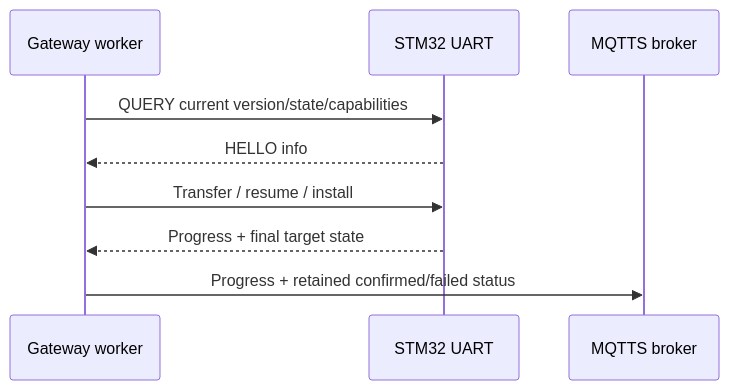
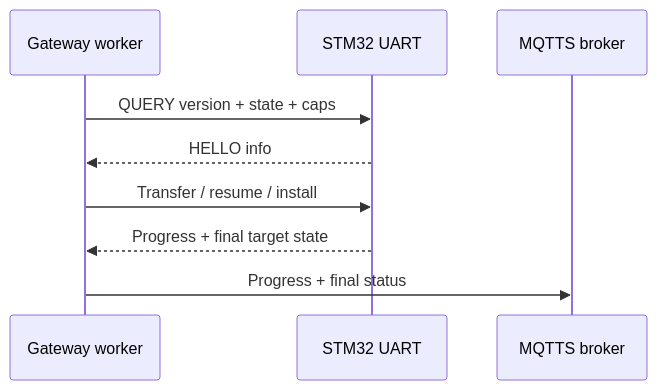
One commit to haikevins/secure-delta-ota-bootloader changed the third of 4 diagrams in gateway-esp32/README.md. Above: the diagram before and after it, drawn with Mermaid. The commit also changed other lines of this file and 11 other files, not shown here.

````diff
--- a/gateway-esp32/README.md
+++ b/gateway-esp32/README.md
@@ -56,12 +56,12 @@
 ```mermaid
 sequenceDiagram
     participant G as Gateway worker
     participant S as STM32 UART
     participant M as MQTTS broker
 
-    G->>S: QUERY current version/state/capabilities
+    G->>S: QUERY version + state + caps
     S-->>G: HELLO info
     G->>S: Transfer / resume / install
     S-->>G: Progress + final target state
-    G->>M: Progress + retained confirmed/failed status
+    G->>M: Progress + final status
 ```
````
